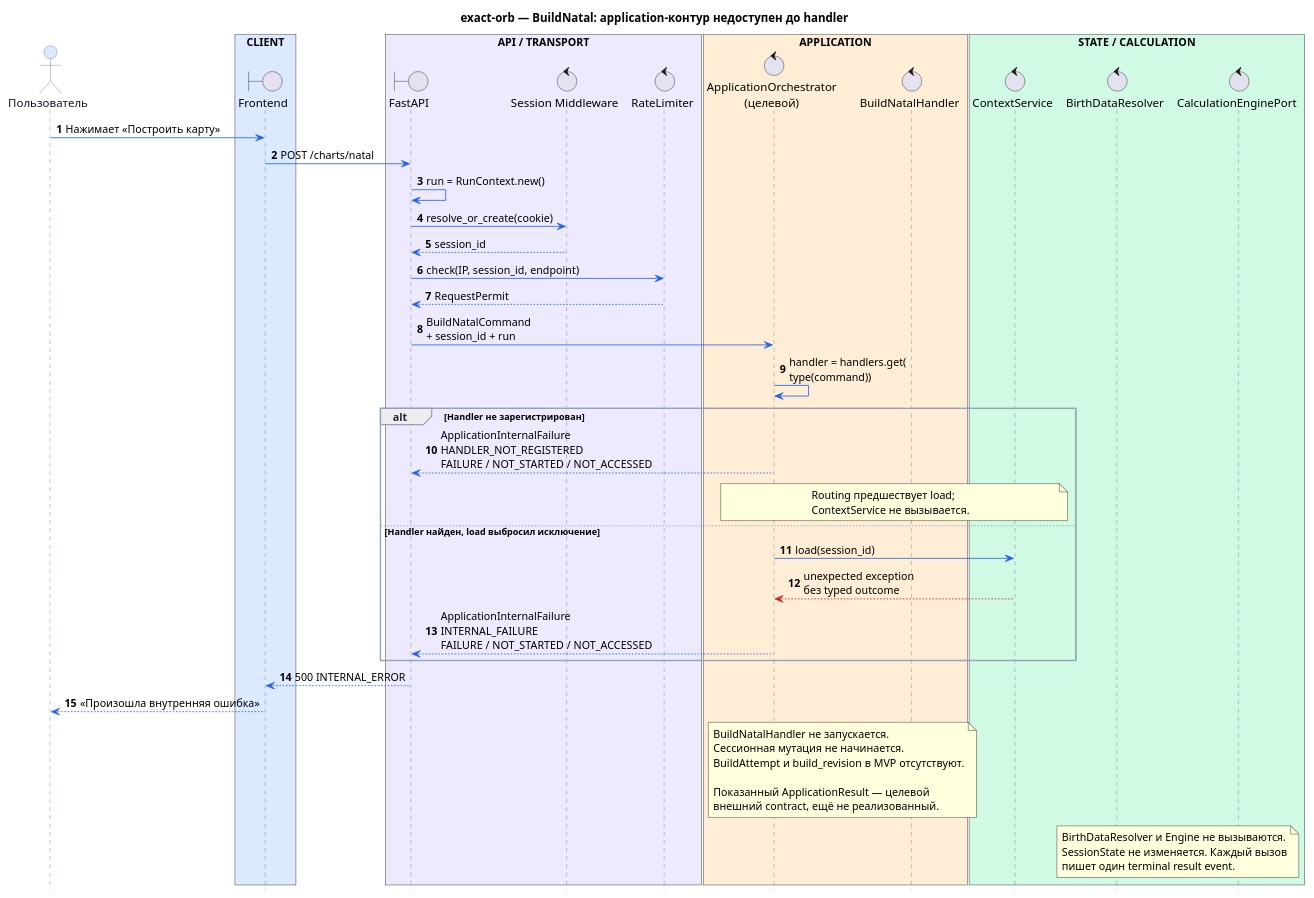
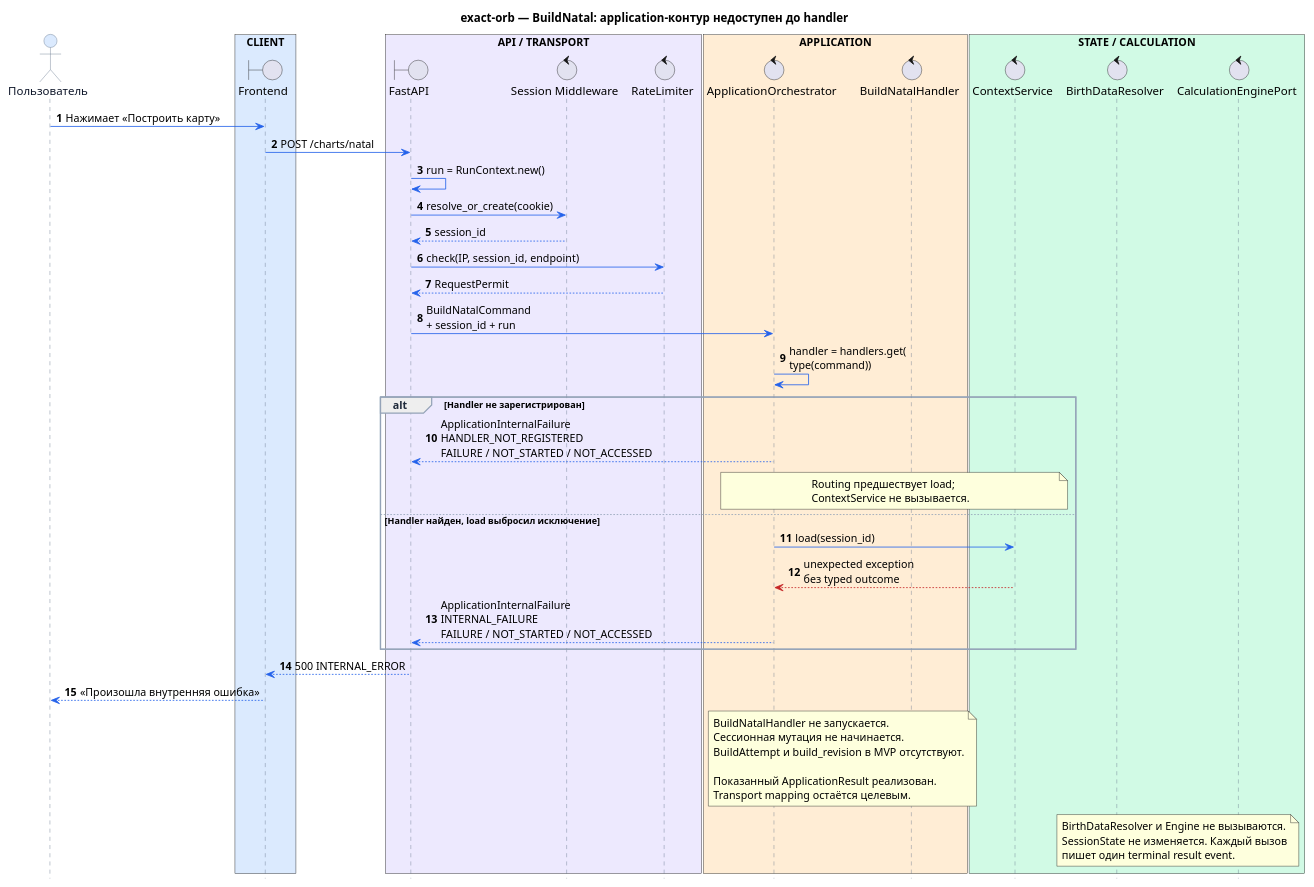
One commit to ksenia-baranova/exact-orb-demo changed the diagram in docs/sequence_diagrams/build_natal/008-build_natal_application_unavailable.puml. Above: the diagram before and after it, drawn with PlantUML. The commit also changed 30 other files, not shown here.

First line of the commit message:
feat(application): complete orchestrator integration acceptance

```diff
--- a/docs/sequence_diagrams/build_natal/008-build_natal_application_unavailable.puml
+++ b/docs/sequence_diagrams/build_natal/008-build_natal_application_unavailable.puml
@@ -1,96 +1,96 @@
 @startuml
 title exact-orb — BuildNatal: application-контур недоступен до handler
 
 ' Актуальный транспортный сценарий N2.
-' ApplicationOrchestrator и внешний ApplicationResult — целевой контур,
-' ещё не реализованный как доступный API.
+' ApplicationOrchestrator и внешний ApplicationResult реализованы;
+' HTTP transport и отображение отказа клиентом остаются целевыми.
 
 autonumber
 hide footbox
 
 skinparam shadowing false
 skinparam responseMessageBelowArrow true
 skinparam sequence {
     ArrowColor #2563EB
     LifeLineBorderColor #64748B
     LifeLineBackgroundColor #FFFFFF
     ParticipantBorderColor #64748B
     ParticipantFontColor #0F172A
     ParticipantBackgroundColor #F8FAFC
     ActorBorderColor #64748B
     ActorFontColor #0F172A
     ActorBackgroundColor #DBEAFE
     GroupBorderColor #94A3B8
     GroupHeaderFontColor #1E293B
     DividerBorderColor #94A3B8
     DividerFontColor #1E293B
     NoteBorderColor #94A3B8
     NoteBackgroundColor #FFFBEA
     NoteFontColor #334155
 }
 
 actor "Пользователь" as User
 
 box "CLIENT" #DBEAFE
     boundary "Frontend" as FE
 end box
 
 box "API / TRANSPORT" #EDE9FE
     boundary "FastAPI" as API
     control "Session Middleware" as Session
     control "RateLimiter" as Rate
 end box
 
 box "APPLICATION" #FFEDD5
-    control "ApplicationOrchestrator\n(целевой)" as Orch
+    control "ApplicationOrchestrator" as Orch
     control "BuildNatalHandler" as Handler
 end box
 
 box "STATE / CALCULATION" #D1FAE5
     control "ContextService" as Context
     control "BirthDataResolver" as Resolver
     control "CalculationEnginePort" as Engine
 end box
 
 User -> FE : Нажимает «Построить карту»
 FE -> API : POST /charts/natal
 API -> API : run = RunContext.new()
 API -> Session : resolve_or_create(cookie)
 Session --> API : session_id
 API -> Rate : check(IP, session_id, endpoint)
 Rate --> API : RequestPermit
 
 API -> Orch : BuildNatalCommand\n+ session_id + run
 Orch -> Orch : handler = handlers.get(\ntype(command))
 
 alt Handler не зарегистрирован
     Orch --> API : ApplicationInternalFailure\nHANDLER_NOT_REGISTERED\nFAILURE / NOT_STARTED / NOT_ACCESSED
     note over Orch, Context
     Routing предшествует load;
     ContextService не вызывается.
     end note
 else Handler найден, load выбросил исключение
     Orch -> Context : load(session_id)
     Context -[#C62828]-> Orch : unexpected exception\nбез typed outcome
     Orch --> API : ApplicationInternalFailure\nINTERNAL_FAILURE\nFAILURE / NOT_STARTED / NOT_ACCESSED
 end
 
 API --> FE : 500 INTERNAL_ERROR
 FE --> User : «Произошла внутренняя ошибка»
 
 note over Orch, Handler
 BuildNatalHandler не запускается.
 Сессионная мутация не начинается.
 BuildAttempt и build_revision в MVP отсутствуют.
 
-Показанный ApplicationResult — целевой
-внешний contract, ещё не реализованный.
+Показанный ApplicationResult реализован.
+Transport mapping остаётся целевым.
 end note
 
 note over Resolver, Engine
 BirthDataResolver и Engine не вызываются.
 SessionState не изменяется. Каждый вызов
 пишет один terminal result event.
 end note
 
 @enduml
```
